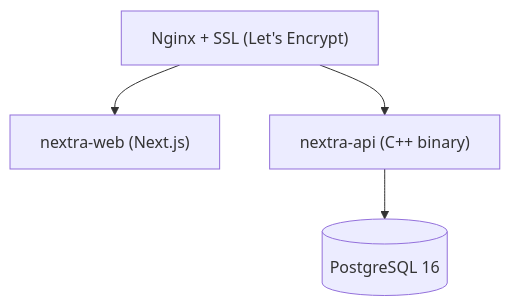
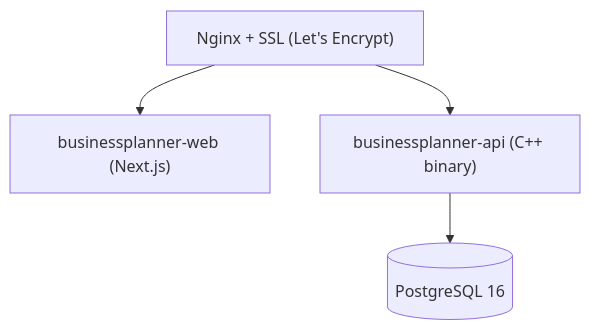
One commit to johndoe6345789/businessplanner changed the second of 2 diagrams in docs/architecture.md. Above: the diagram before and after it, drawn with Mermaid. The commit also changed other lines of this file and 650 other files, not shown here.

First line of the commit message:
chore: full rebrand nextra -> businessplanner (whole repo)

````diff
--- a/docs/architecture.md
+++ b/docs/architecture.md
@@ -183,7 +183,7 @@
 ```mermaid
 flowchart TB
     Nginx["Nginx + SSL (Let's Encrypt)"]
-    Nginx --> NextJS["nextra-web (Next.js)"]
-    Nginx --> API2["nextra-api (C++ binary)"]
+    Nginx --> NextJS["businessplanner-web (Next.js)"]
+    Nginx --> API2["businessplanner-api (C++ binary)"]
     API2 --> PG2[("PostgreSQL 16")]
 ```
````
